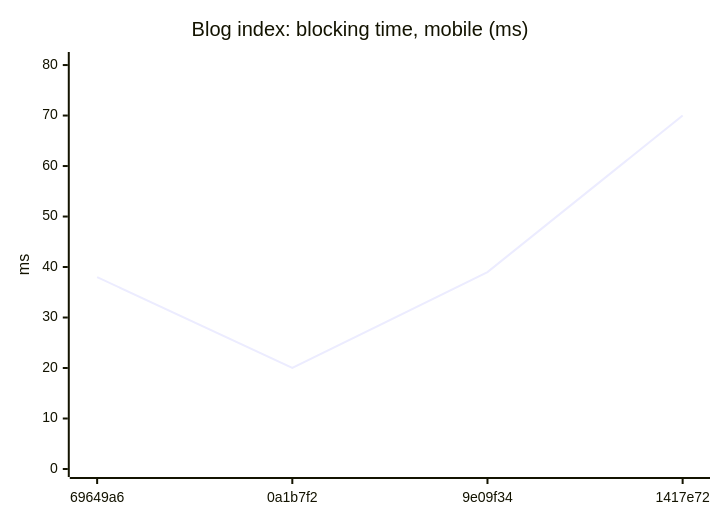
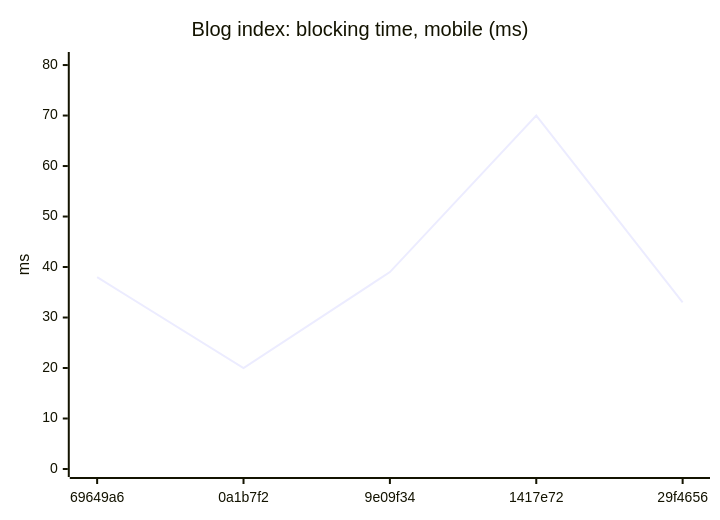
Before and after one commit to AxelUser/maltsev.space: the fourth of 18 diagrams in README.md, drawn with Mermaid. The commit also changed other lines of this file and 1 other file, not shown here.

````diff
--- a/README.md
+++ b/README.md
@@ -61,7 +61,7 @@
 ```mermaid
 xychart-beta
   title "Blog index: blocking time, mobile (ms)"
-  x-axis ["69649a6", "0a1b7f2", "9e09f34", "1417e72"]
+  x-axis ["69649a6", "0a1b7f2", "9e09f34", "1417e72", "29f4656"]
   y-axis "ms" 0 --> 81
-  line [38, 20, 39, 70]
+  line [38, 20, 39, 70, 33]
 ```
````
